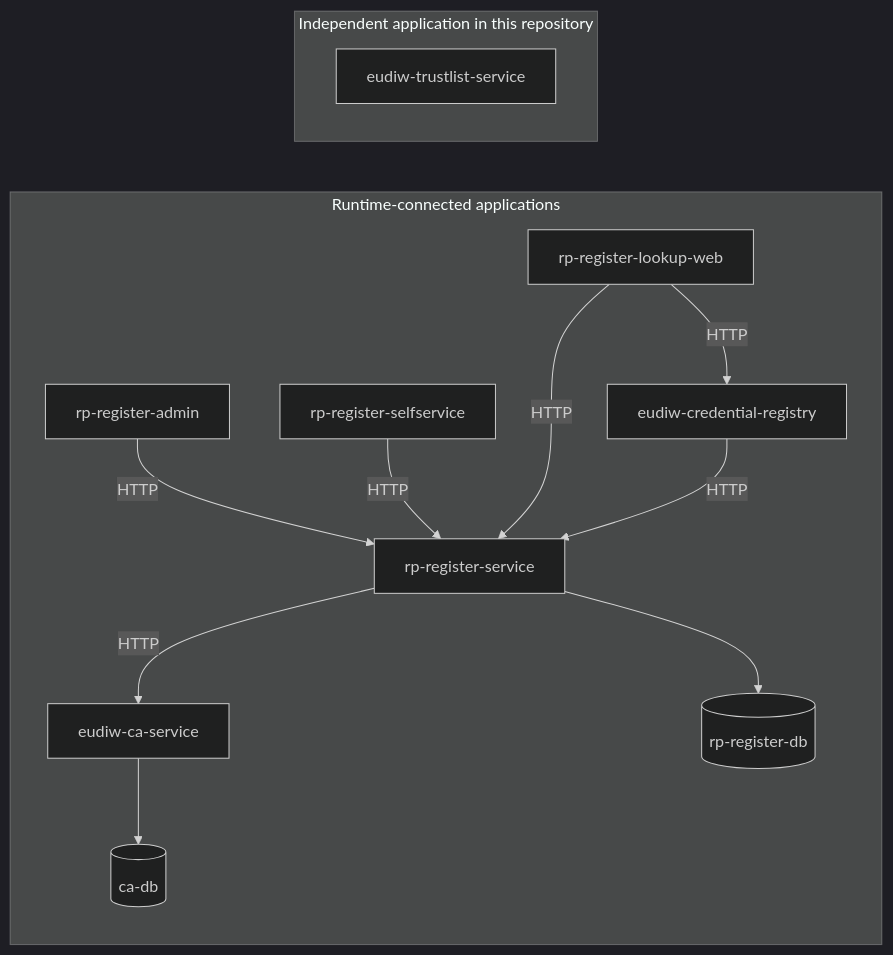
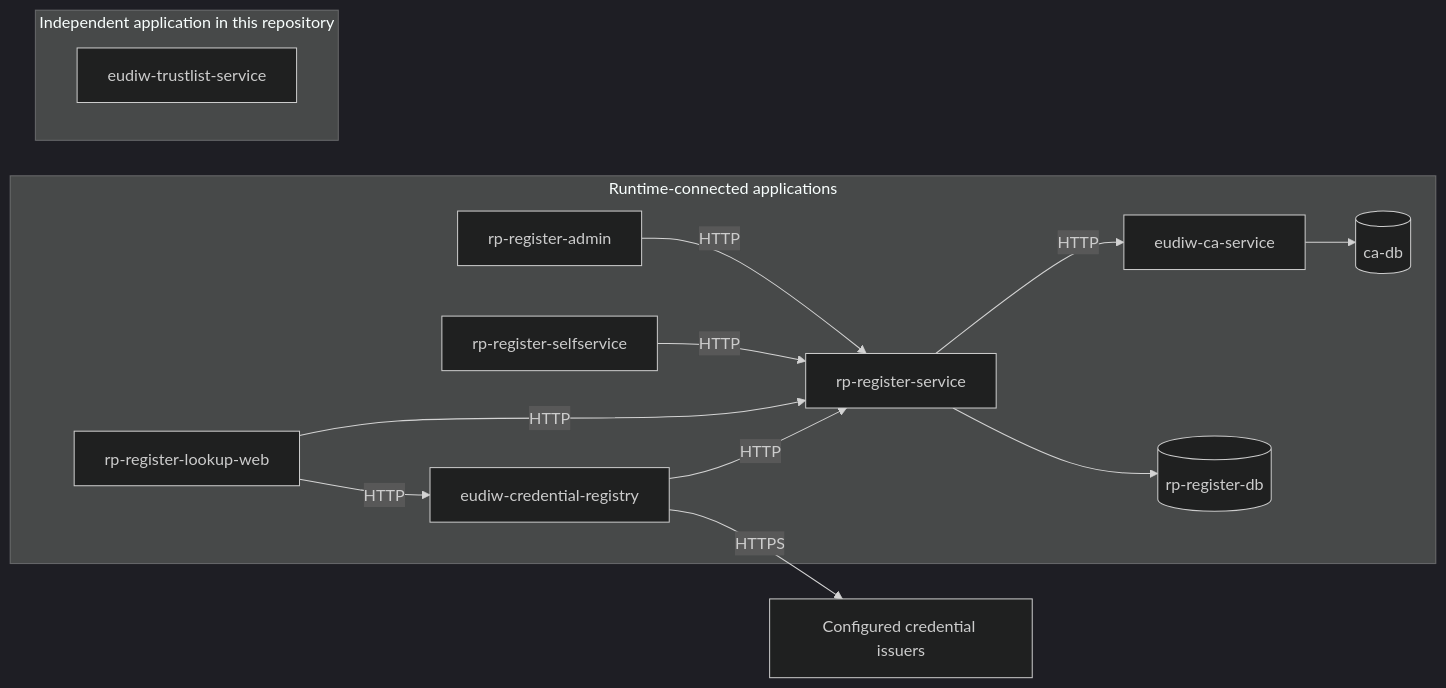
One commit to eudi-wallet-no/eudiw-relying-party-register changed the diagram in docs/architecture.md. Above: the diagram before and after it, drawn with Mermaid (dark theme). The commit also changed other lines of this file and 24 other files, not shown here.

````diff
--- a/docs/architecture.md
+++ b/docs/architecture.md
@@ -13,27 +15,30 @@
 ```mermaid
 flowchart LR
   subgraph connected[Runtime-connected applications]
     admin["rp-register-admin"]
     selfservice["rp-register-selfservice"]
     lookup["rp-register-lookup-web"]
     register["rp-register-service"]
     credentials["eudiw-credential-registry"]
     ca["eudiw-ca-service"]
 
     registerdb[("rp-register-db")]
     cadb[("ca-db")]
   end
 
   subgraph independent[Independent application in this repository]
     trustlist["eudiw-trustlist-service"]
   end
 
+  issuers["Configured credential issuers"]
+
   admin -->|HTTP| register
   selfservice -->|HTTP| register
   lookup -->|HTTP| register
   lookup -->|HTTP| credentials
   credentials -->|HTTP| register
+  credentials -->|HTTPS| issuers
   register -->|HTTP| ca
   register --> registerdb
   ca --> cadb
 ```
````
